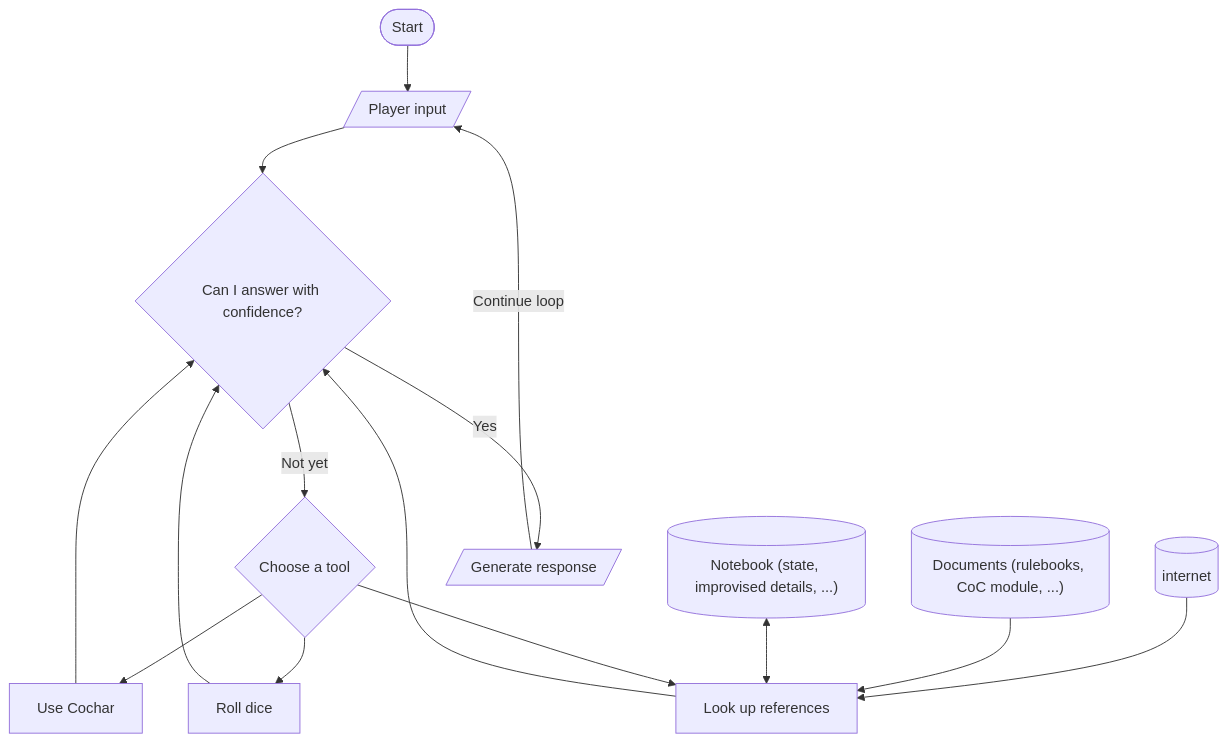
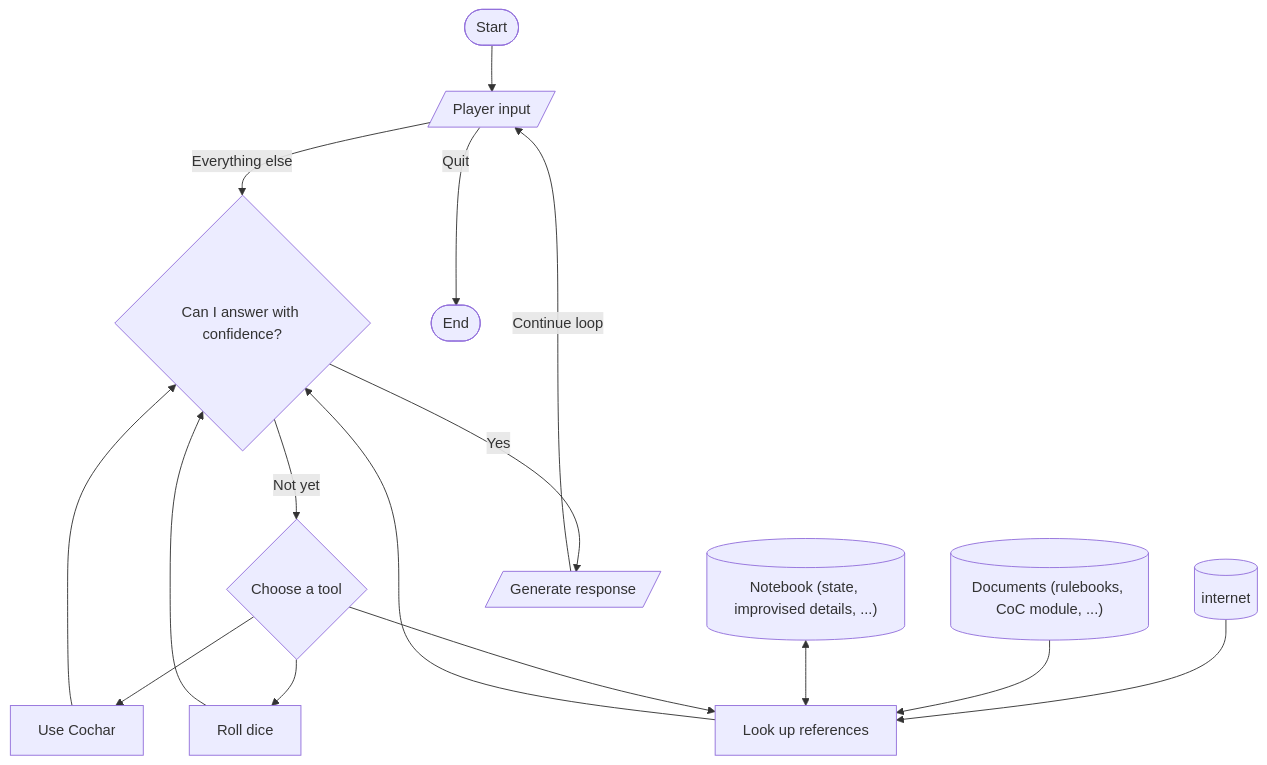
Before and after one commit to kdandy1/Cocai: the second of 2 diagrams in README.md, drawn with Mermaid. The commit also changed other lines of this file, not shown here.

````diff
--- a/README.md
+++ b/README.md
@@ -134,21 +134,22 @@
 ```mermaid
 flowchart TD
     S([Start]) -->
-    A[/Player input/] --> B{"Can I answer with confidence?"}
+    A[/Player input/] --> |Everything else| B{"Can I answer with confidence?"}
     B --> |Not yet| C{"Choose a tool"}
 
     C --> D[Use Cochar]
     C --> E[Roll dice]
         srch[("`internet`")] --> F
         data[("`Documents (rulebooks, CoC module, ...)`")] --> F
         note[("`Notebook (state, improvised details, ...)`")] <--> F
     C --> F[Look up references]
 
     D --> B
     E --> B
     F --> B
 
     B --> |Yes| G[/Generate response/]
 
     G --> |Continue loop| A
+    A --> |Quit| End([End])
 ```
````
